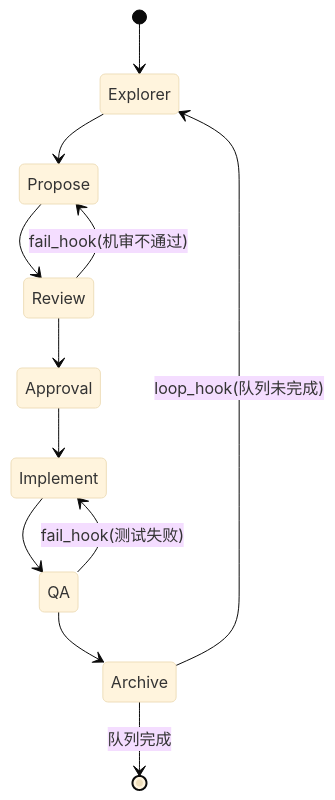
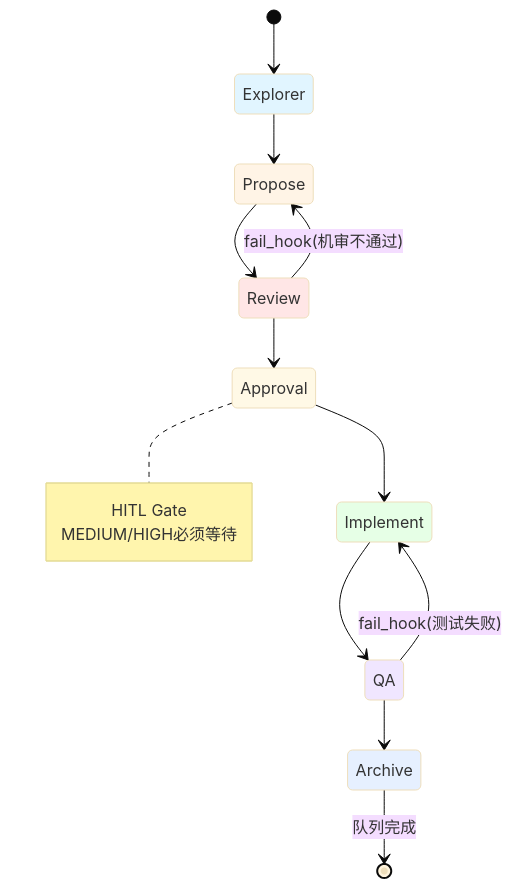
One commit to listener-He/java-harness-agent changed diagram 15 of 25 in ENGINEERING_MANUAL_zh.md. Above: the diagram before and after it, drawn with Mermaid (base theme). The commit also changed other lines of this file and 28 other files, not shown here.

````diff
--- a/ENGINEERING_MANUAL_zh.md
+++ b/ENGINEERING_MANUAL_zh.md
@@ -537,15 +1899,27 @@
 ```mermaid
 stateDiagram-v2
-  [*] --> Explorer
-  Explorer --> Propose
-  Propose --> Review
-  Review --> Approval
-  Approval --> Implement
-  Implement --> QA
-  QA --> Archive
-  Archive --> Explorer : loop_hook(队列未完成)
-  Archive --> [*] : 队列完成
-
-  Review --> Propose : fail_hook(机审不通过)
-  QA --> Implement : fail_hook(测试失败)
+    [*] --> Explorer
+    Explorer --> Propose
+    Propose --> Review
+    Review --> Approval
+    Approval --> Implement
+    Implement --> QA
+    QA --> Archive
+    Archive --> [*] : 队列完成
+    
+    Review --> Propose : fail_hook(机审不通过)
+    QA --> Implement : fail_hook(测试失败)
+    
+    note right of Approval
+        HITL Gate
+        MEDIUM/HIGH必须等待
+    end note
+    
+    style Explorer fill:#e1f5ff
+    style Propose fill:#fff4e6
+    style Review fill:#ffe6e6
+    style Approval fill:#fff9e6
+    style Implement fill:#e6ffe6
+    style QA fill:#f0e6ff
+    style Archive fill:#e6f0ff
 ```
````
